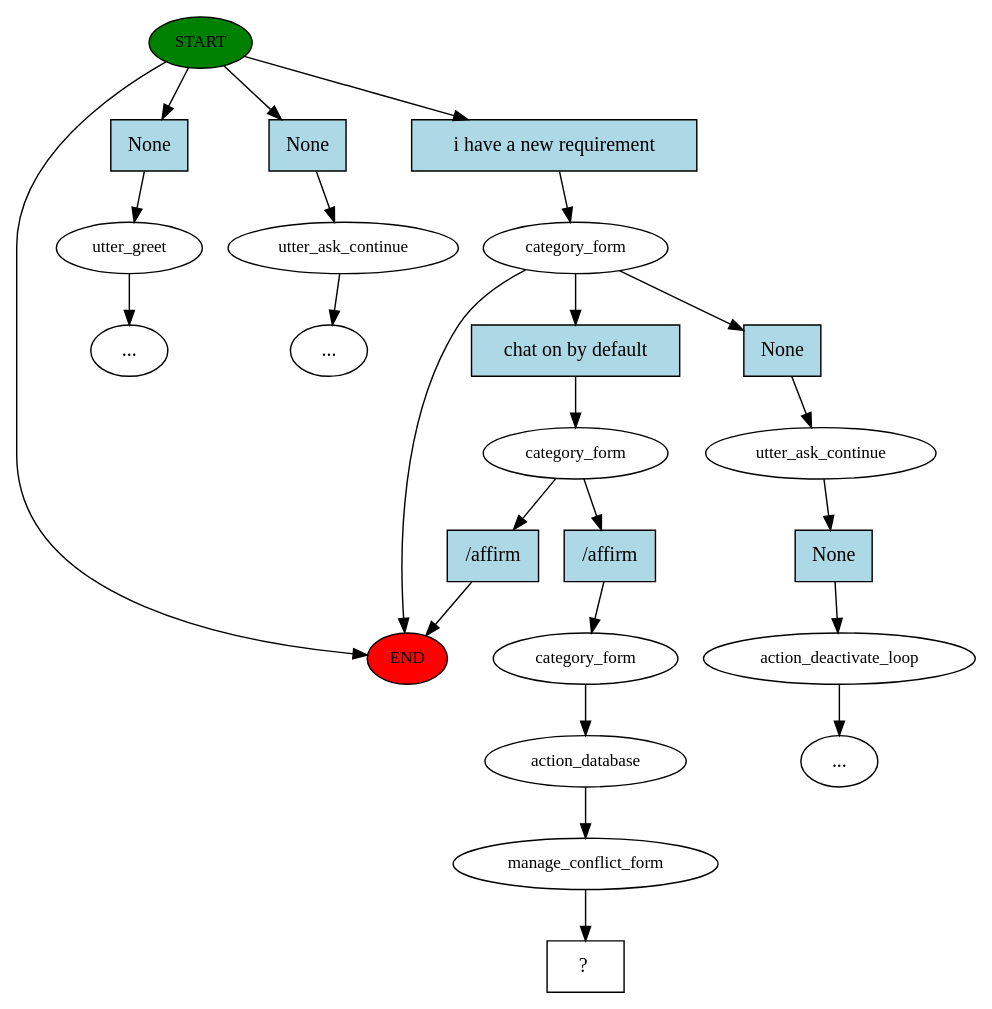
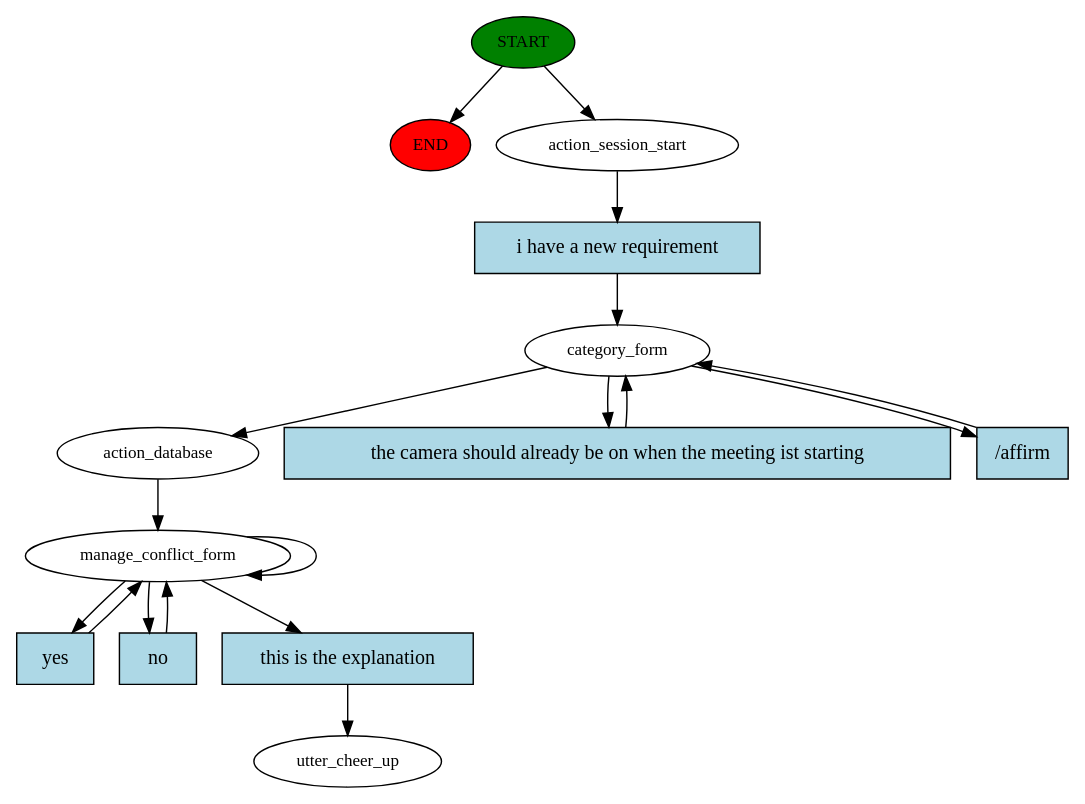
Before and after one commit to JesBec/prototype_conflict_chatbot: the diagram in story_graph.dot, drawn with Graphviz. The commit also changed 147 other files, not shown here.

```diff
--- a/story_graph.dot
+++ b/story_graph.dot
@@ -1,49 +1,32 @@
 digraph  {
 0 [class="start active", fillcolor=green, fontsize=12, label=START, style=filled];
 "-1" [class=end, fillcolor=red, fontsize=12, label=END, style=filled];
-1 [class="", fontsize=12, label=utter_greet];
-"-5" [class=ellipsis, label="..."];
-4 [class="", fontsize=12, label=utter_ask_continue];
-"-8" [class=ellipsis, label="..."];
-7 [class=active, fontsize=12, label=category_form];
-9 [class="", fontsize=12, label=utter_ask_continue];
-10 [class="", fontsize=12, label=action_deactivate_loop];
-"-9" [class=ellipsis, label="..."];
-12 [class=active, fontsize=12, label=category_form];
-15 [class=active, fontsize=12, label=category_form];
-16 [class=active, fontsize=12, label=action_database];
-17 [class=active, fontsize=12, label=manage_conflict_form];
-18 [class="intent dashed active", label="  ?  ", shape=rect];
-19 [class=intent, fillcolor=lightblue, label=None, shape=rect, style=filled];
-20 [class=intent, fillcolor=lightblue, label=None, shape=rect, style=filled];
-21 [class="intent active", fillcolor=lightblue, label="i have a new requirement", shape=rect, style=filled];
-22 [class=intent, fillcolor=lightblue, label=None, shape=rect, style=filled];
-23 [class="intent active", fillcolor=lightblue, label="chat on by default", shape=rect, style=filled];
-24 [class=intent, fillcolor=lightblue, label=None, shape=rect, style=filled];
-25 [class=intent, fillcolor=lightblue, label="/affirm", shape=rect, style=filled];
-26 [class="intent active", fillcolor=lightblue, label="/affirm", shape=rect, style=filled];
+1 [class=active, fontsize=12, label=action_session_start];
+2 [class=active, fontsize=12, label=category_form];
+5 [class=active, fontsize=12, label=action_database];
+6 [class=active, fontsize=12, label=manage_conflict_form];
+11 [class="dashed active", fontsize=12, label=utter_cheer_up];
+12 [class="intent active", fillcolor=lightblue, label="i have a new requirement", shape=rect, style=filled];
+13 [class="intent active", fillcolor=lightblue, label="the camera should already be on when the meeting ist starting", shape=rect, style=filled];
+14 [class="intent active", fillcolor=lightblue, label="/affirm", shape=rect, style=filled];
+15 [class="intent active", fillcolor=lightblue, label=yes, shape=rect, style=filled];
+16 [class="intent active", fillcolor=lightblue, label=no, shape=rect, style=filled];
+17 [class="intent active", fillcolor=lightblue, label="this is the explanation", shape=rect, style=filled];
 0 -> "-1"  [class="", key=NONE, label=""];
-0 -> 19  [class="", key=0];
-0 -> 20  [class="", key=0];
-0 -> 21  [class=active, key=0];
-1 -> "-5"  [class="", key=NONE, label=""];
-4 -> "-8"  [class="", key=NONE, label=""];
-7 -> "-1"  [class="", key=NONE, label=""];
-7 -> 22  [class="", key=0];
-7 -> 23  [class=active, key=0];
-9 -> 24  [class="", key=0];
-10 -> "-9"  [class="", key=NONE, label=""];
-12 -> 25  [class="", key=0];
-12 -> 26  [class=active, key=0];
-15 -> 16  [class=active, key=NONE, label=""];
-16 -> 17  [class=active, key=NONE, label=""];
-17 -> 18  [class=active, key=NONE, label=""];
-19 -> 1  [class="", key=0];
-20 -> 4  [class="", key=0];
-21 -> 7  [class=active, key=0];
-22 -> 9  [class="", key=0];
-23 -> 12  [class=active, key=0];
-24 -> 10  [class="", key=0];
-25 -> "-1"  [class="", key=0];
-26 -> 15  [class=active, key=0];
+0 -> 1  [class=active, key=NONE, label=""];
+1 -> 12  [class=active, key=0];
+2 -> 5  [class=active, key=NONE, label=""];
+2 -> 13  [class=active, key=0];
+2 -> 14  [class=active, key=0];
+5 -> 6  [class=active, key=NONE, label=""];
+6 -> 6  [class=active, key=NONE, label=""];
+6 -> 15  [class=active, key=0];
+6 -> 16  [class=active, key=0];
+6 -> 17  [class=active, key=0];
+12 -> 2  [class=active, key=0];
+13 -> 2  [class=active, key=0];
+14 -> 2  [class=active, key=0];
+15 -> 6  [class=active, key=0];
+16 -> 6  [class=active, key=0];
+17 -> 11  [class=active, key=0];
 }
```
